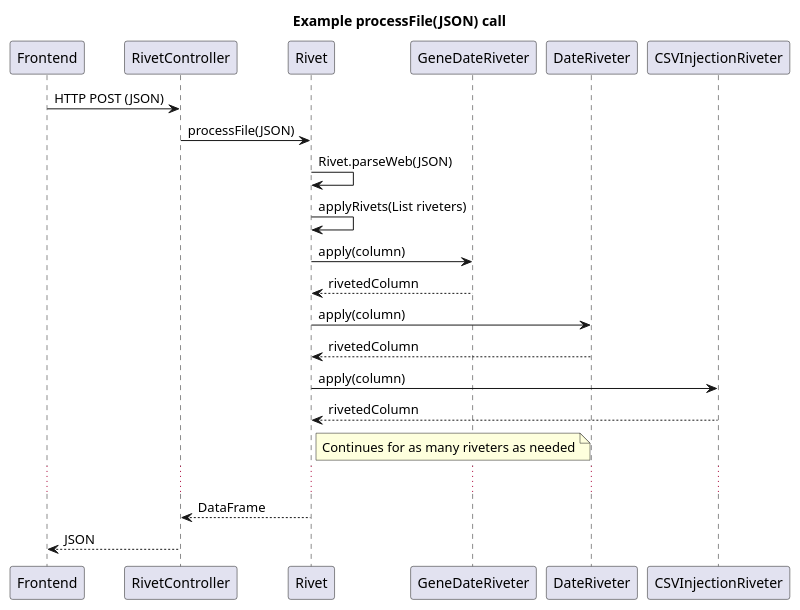
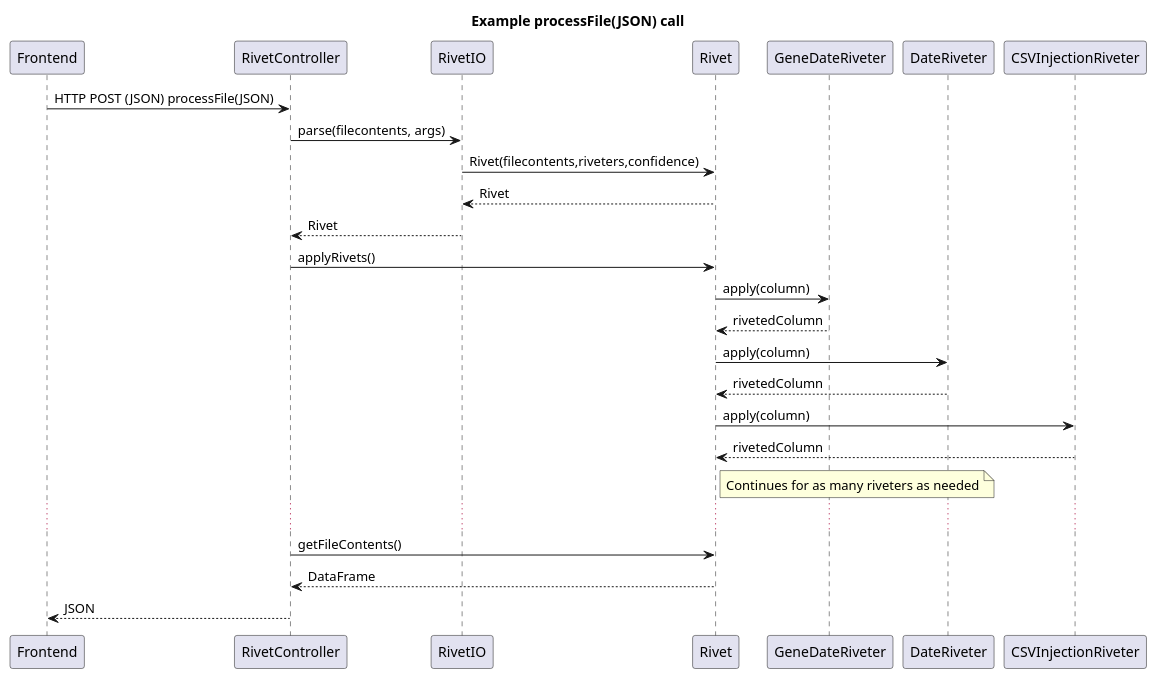
Before and after one commit to mwklose/RosieRivet: the diagram in design/Sequence_diagram.plantuml, drawn with PlantUML.

Commit message:
Updated sequence diagram in PlantUML

```diff
--- a/design/Sequence_diagram.plantuml
+++ b/design/Sequence_diagram.plantuml
@@ -1,23 +1,26 @@
 @startuml Sequence_diagram
 
 title Example processFile(JSON) call
 'Handle Rivet creation
-Frontend -> RivetController: HTTP POST (JSON)
-RivetController -> Rivet: processFile(JSON)
-Rivet -> Rivet: Rivet.parseWeb(JSON)
+Frontend -> RivetController: HTTP POST (JSON) processFile(JSON)
+RivetController -> RivetIO: parse(filecontents, args)
+RivetIO -> Rivet: Rivet(filecontents,riveters,confidence)
+Rivet --> RivetIO: Rivet
+RivetIO --> RivetController: Rivet
 
 'Apply Riveters
-Rivet -> Rivet: applyRivets(List riveters)
+RivetController -> Rivet: applyRivets()
 Rivet -> GeneDateRiveter: apply(column)
 GeneDateRiveter --> Rivet: rivetedColumn
 Rivet -> DateRiveter: apply(column)
 DateRiveter --> Rivet: rivetedColumn
 Rivet -> CSVInjectionRiveter: apply(column)
 CSVInjectionRiveter --> Rivet: rivetedColumn
 note right of Rivet: Continues for as many riveters as needed
 ...
 
+RivetController -> Rivet: getFileContents()
 Rivet --> RivetController: DataFrame
 RivetController --> Frontend: JSON
 
 @enduml
```
